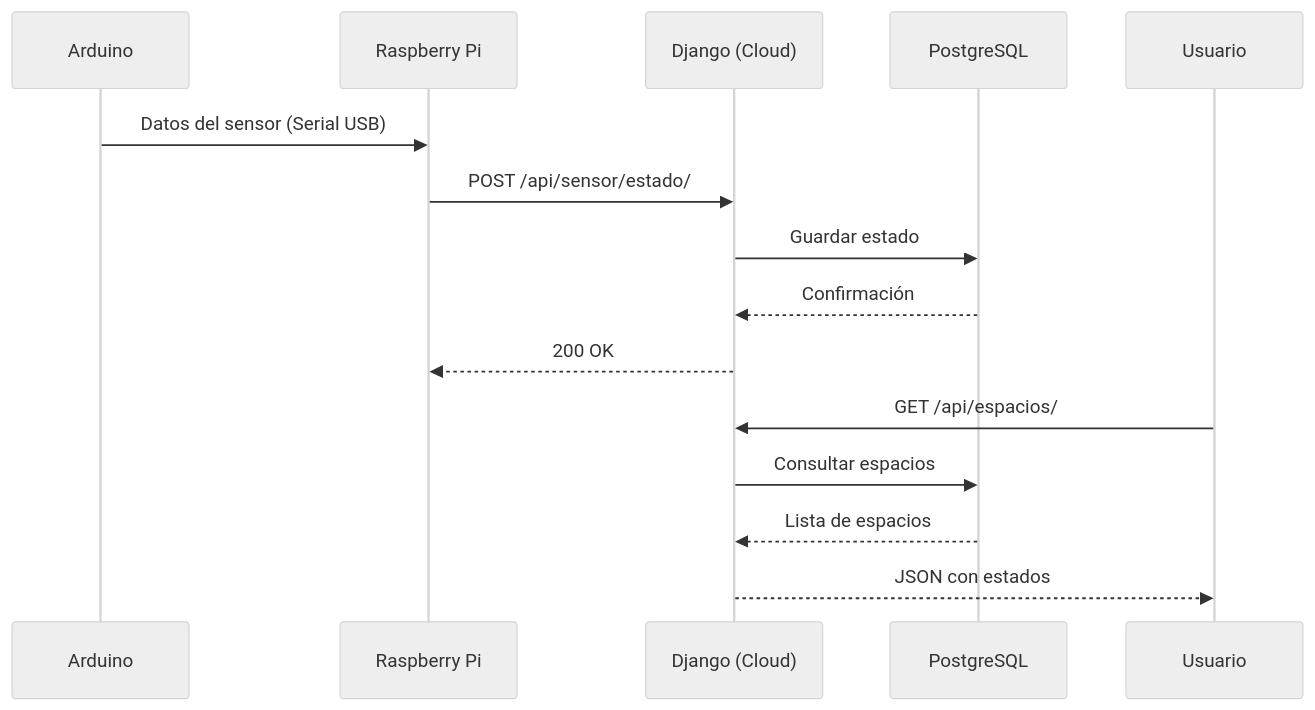
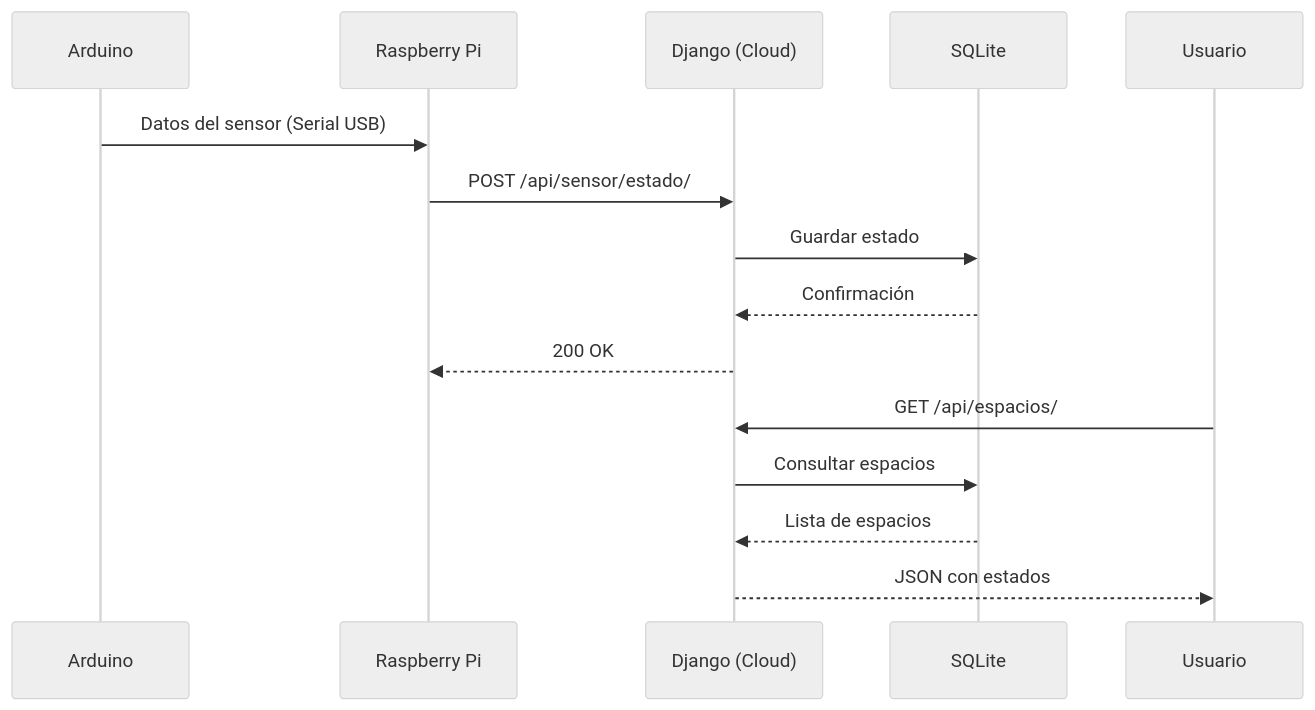
One commit to asimonutti33/SmartParking changed the second of 2 diagrams in README.md. Above: the diagram before and after it, drawn with Mermaid (neutral theme). The commit also changed other lines of this file, not shown here.

First line of the commit message:
Change database from PostgreSQL to SQLite in README

````diff
--- a/README.md
+++ b/README.md
@@ -92,18 +92,18 @@
 ```mermaid
 sequenceDiagram
     participant A as Arduino
     participant R as Raspberry Pi
     participant D as Django (Cloud)
-    participant DB as PostgreSQL
+    participant DB as SQLite
     participant U as Usuario
 
     A->>R: Datos del sensor (Serial USB)
     R->>D: POST /api/sensor/estado/
     D->>DB: Guardar estado
     DB-->>D: Confirmación
     D-->>R: 200 OK
     U->>D: GET /api/espacios/
     D->>DB: Consultar espacios
     DB-->>D: Lista de espacios
     D-->>U: JSON con estados
 ```
````
